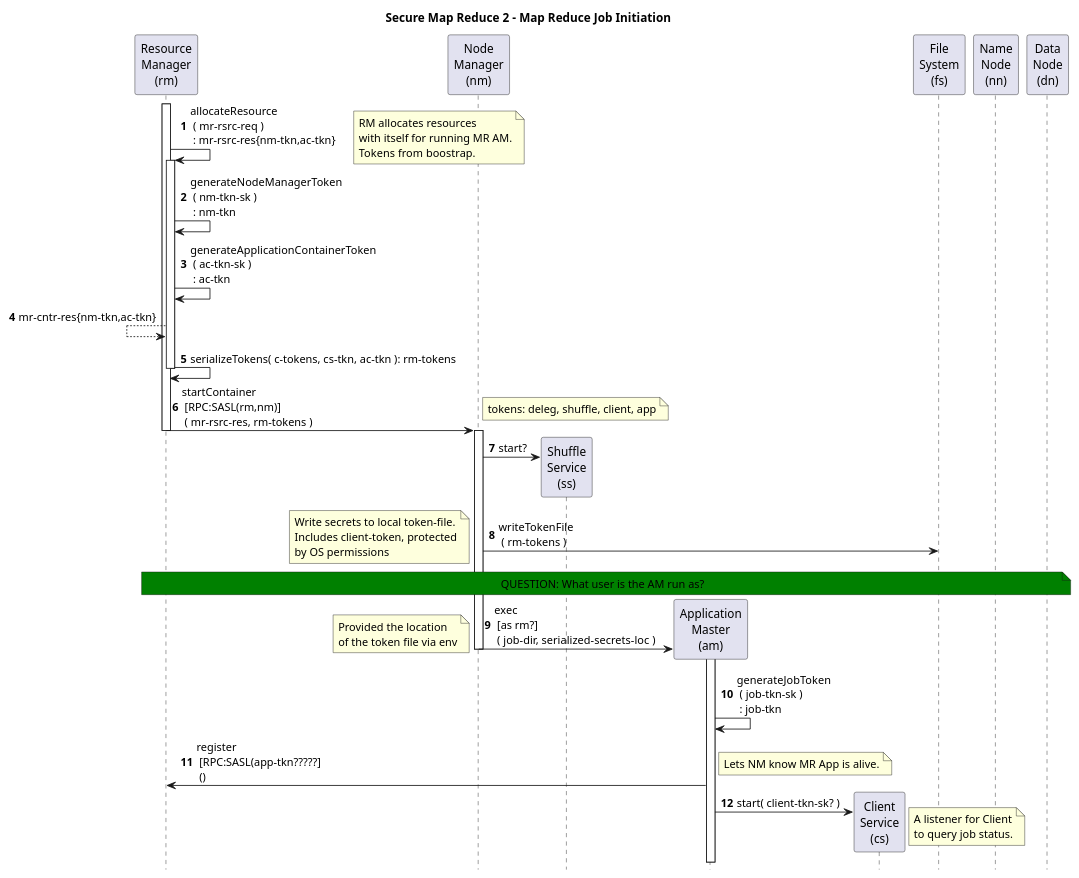
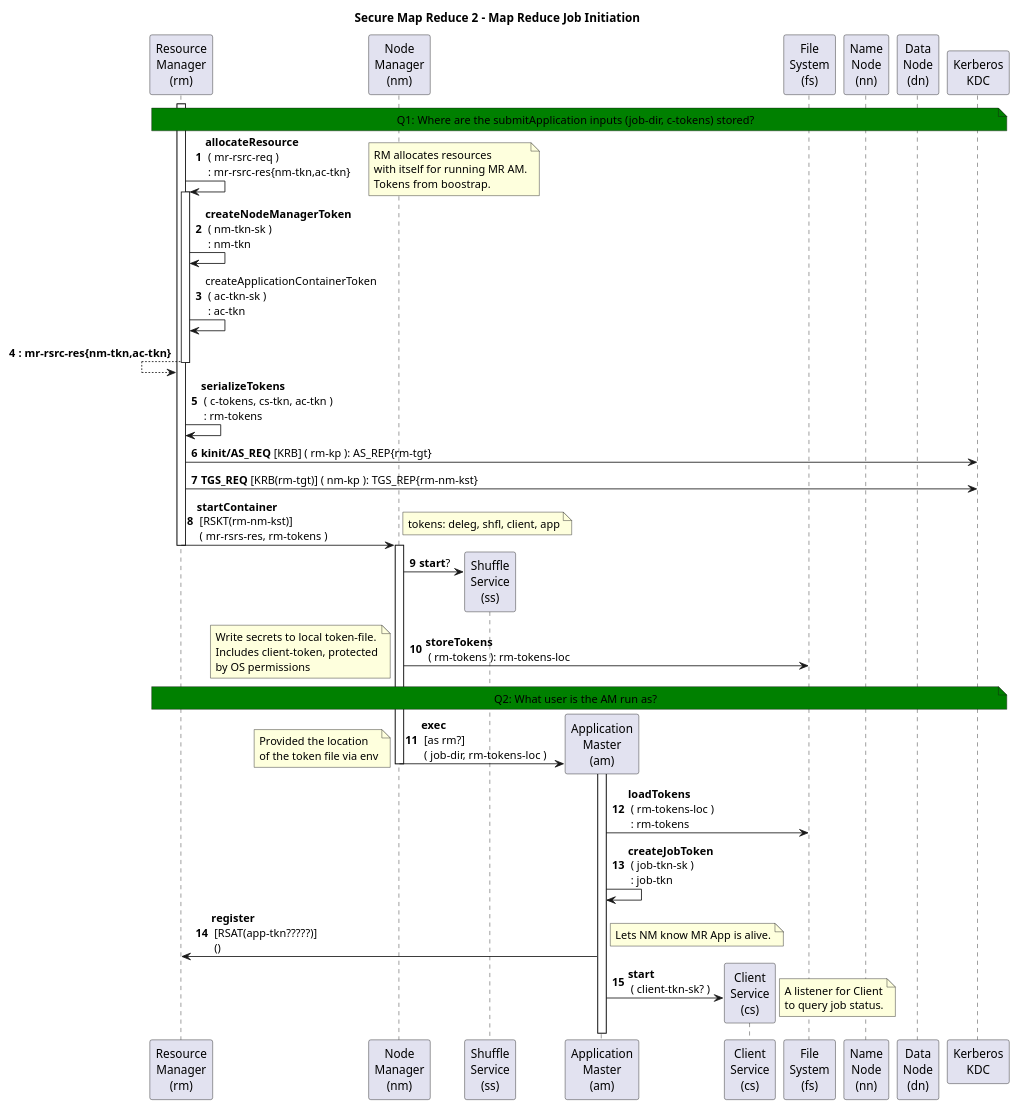
One commit to kminder/puml changed the diagram in hadoop/src/secure-mapreduce2-04-job-initiation.puml. Above: the diagram before and after it, drawn with PlantUML. The commit also changed 7 other files, not shown here.

```diff
--- a/hadoop/src/secure-mapreduce2-04-job-initiation.puml
+++ b/hadoop/src/secure-mapreduce2-04-job-initiation.puml
@@ -1,88 +1,99 @@
 @startuml
 title Secure Map Reduce 2 - Map Reduce Job Initiation
 autonumber
-hide footbox
+'hide footbox
 
 'participant "Client\n(c)" as C
 participant "Resource\nManager\n(rm)" as RM
 'participant "History\nServer\n(hs)" as HS
 participant "Node\nManager\n(nm)" as NM
 participant "Shuffle\nService\n(ss)" as SS
 participant "Application\nMaster\n(am)" as AM
 participant "Client\nService\n(cs)" as CS
 'participant "Application\nContainer\n(ac)" as AC #red
 'participant "Task\n(t)" as T #orange
 participant "File\nSystem\n(fs)" as FS
 participant "Name\nNode\n(nn)" as NN
 participant "Data\nNode\n(dn)" as DN
+participant "Kerberos\nKDC" as KDC
 
   'note over RM,DN #green: QUESTION ?
 
-  activate RM
+note over RM,KDC #green: Q1: Where are the submitApplication inputs (job-dir, c-tokens) stored?
 
+ activate RM
 '1
-RM->RM: allocateResource\n ( mr-rsrc-req )\n : mr-rsrc-res{nm-tkn,ac-tkn}
+RM->RM: <b>allocateResource\n ( mr-rsrc-req )\n : mr-rsrc-res{nm-tkn,ac-tkn}
   note right: RM allocates resources\nwith itself for running MR AM.\nTokens from boostrap.
 
   activate RM
 
 '2
-RM->RM: generateNodeManagerToken\n ( nm-tkn-sk )\n : nm-tkn
+RM->RM: <b>createNodeManagerToken\n ( nm-tkn-sk )\n : nm-tkn
 
 '3
-RM->RM: generateApplicationContainerToken\n ( ac-tkn-sk )\n : ac-tkn
+RM->RM: createApplicationContainerToken\n ( ac-tkn-sk )\n : ac-tkn
 
 '4
-RM<--RM: mr-cntr-res{nm-tkn,ac-tkn}
-
-'5
-RM->RM: serializeTokens( c-tokens, cs-tkn, ac-tkn ): rm-tokens
+RM<--RM: <b>: mr-rsrc-res{nm-tkn,ac-tkn}
 
   deactivate RM
 
+'5
+RM->RM: <b>serializeTokens\n ( c-tokens, cs-tkn, ac-tkn )\n : rm-tokens
+
 '6
-RM->NM: startContainer\n [RPC:SASL(rm,nm)]\n ( mr-rsrc-res, rm-tokens )
-  note right: tokens: deleg, shuffle, client, app
+RM->KDC: <b>kinit/AS_REQ</b> [KRB] ( rm-kp ): AS_REP{rm-tgt}
+
+'7
+RM->KDC: <b>TGS_REQ</b> [KRB(rm-tgt)] ( nm-kp ): TGS_REP{rm-nm-kst}
+
+'8
+RM->NM: <b>startContainer\n [RSKT(rm-nm-kst)]\n ( mr-rsrs-res, rm-tokens )
+  note right: tokens: deleg, shfl, client, app
 
   deactivate RM
   activate NM
 
-'7
+'9
   create SS
-NM->SS: start?
+NM->SS: <b>start</b>?
 
-'8
-NM->FS: writeTokenFile\n ( rm-tokens )
+'10
+NM->FS: <b>storeTokens\n ( rm-tokens ): rm-tokens-loc
   note left: Write secrets to local token-file.\nIncludes client-token, protected\nby OS permissions
   create AM
 
-  note over RM,DN #green: QUESTION: What user is the AM run as?
+note over RM,KDC #green: Q2: What user is the AM run as?
 
-'9
-NM->AM: exec\n [as rm?]\n ( job-dir, serialized-secrets-loc )
+'11
+NM->AM: <b>exec\n [as rm?]\n ( job-dir, rm-tokens-loc )
   activate AM
   note left: Provided the location\nof the token file via env
 
   deactivate NM
 
-'10
-AM->AM: generateJobToken\n ( job-tkn-sk )\n : job-tkn
+'12
+AM->FS: <b>loadTokens\n ( rm-tokens-loc )\n : rm-tokens
 
-'11
-AM->RM: register\n [RPC:SASL(app-tkn?????]\n ()
+'13
+AM->AM: <b>createJobToken\n ( job-tkn-sk )\n : job-tkn
+
+'14
+AM->RM: <b>register\n [RSAT(app-tkn?????)]\n ()
   note right: Lets NM know MR App is alive.
 
-'12
+'15
   create CS
-AM->CS: start( client-tkn-sk? )
+AM->CS: <b>start</b>\n ( client-tkn-sk? )
   note right: A listener for Client\nto query job status.
 
 'AM uses the app token provided in the token file.
 'This token file has user-only read perms.
 'The AM then starts and RPC listener (client-service) for the client to talk to the client-app
 'client-service is protected by the client-secret
 'job-client polls RM and finds it running
 'job-client switches to polling client-service for status
 'MR app creates the JobToken
 
 @enduml
```
